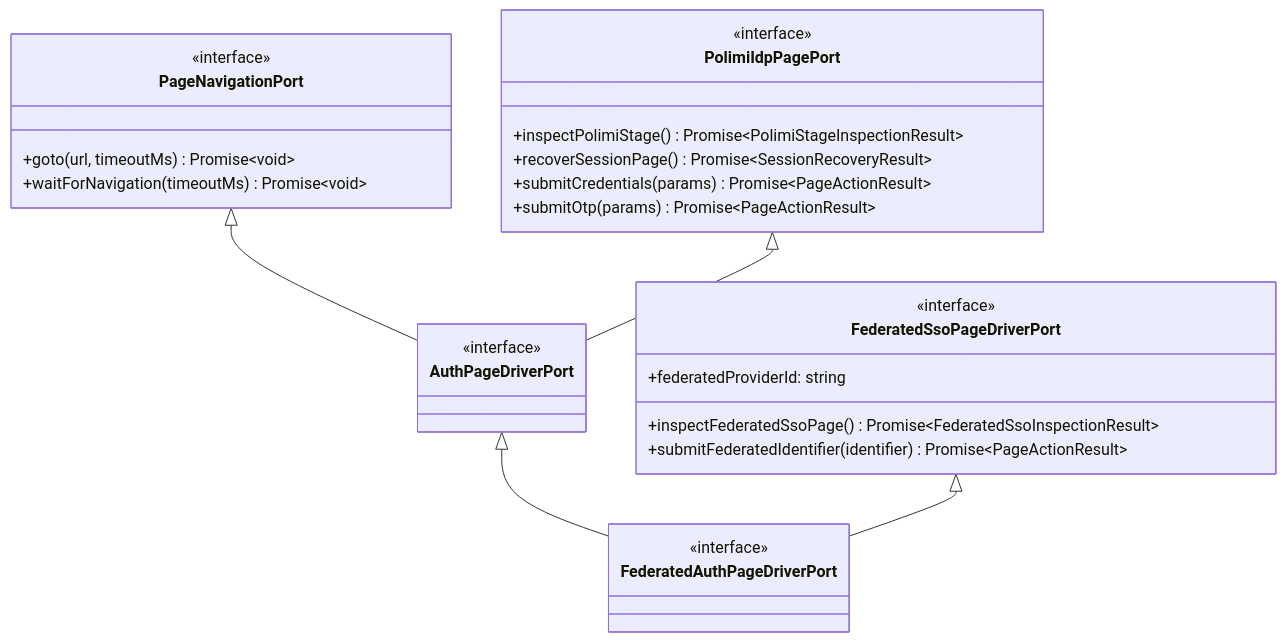
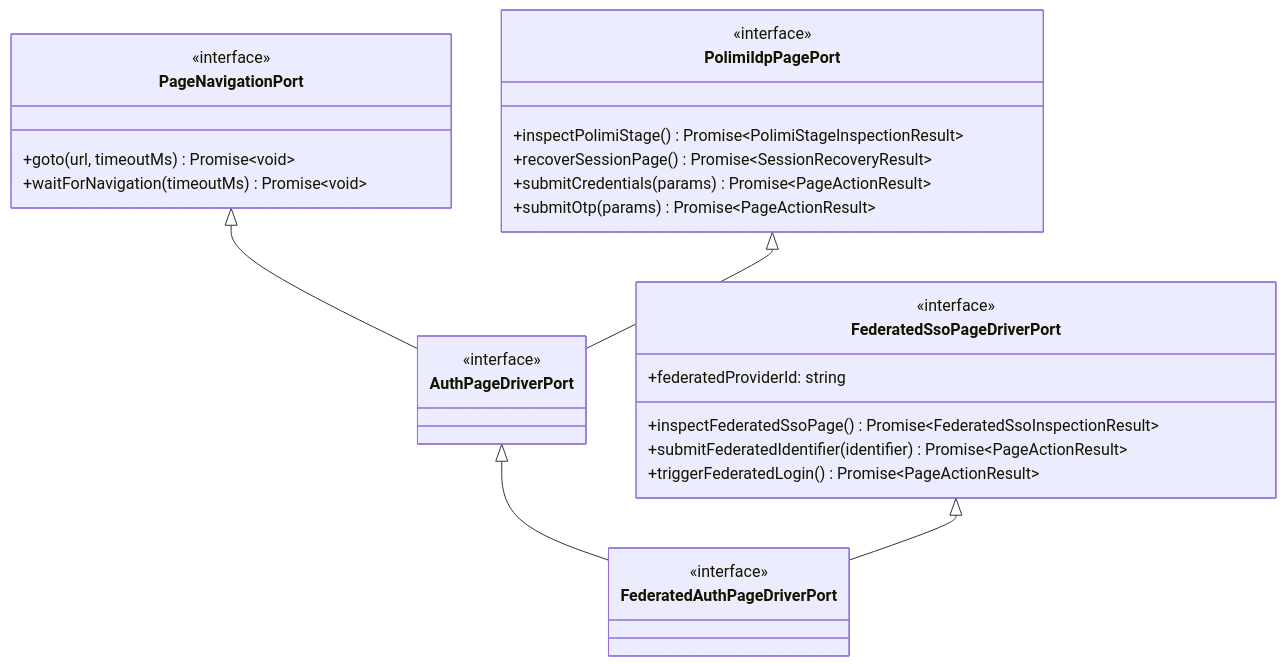
One commit to m-ebrahimzadeh/polisdk changed the diagram in packages/poliauth/docs/04-interface-and-extensibility-review.md. Above: the diagram before and after it, drawn with Mermaid. The commit also changed other lines of this file and 23 other files, not shown here.

First line of the commit message:
feat: Enhance Federated SAML SSO flow with new login modes and improved error handling

````diff
--- a/packages/poliauth/docs/04-interface-and-extensibility-review.md
+++ b/packages/poliauth/docs/04-interface-and-extensibility-review.md
@@ -31,36 +31,37 @@
 ```mermaid
 classDiagram
     class PageNavigationPort {
         <<interface>>
         +goto(url, timeoutMs) Promise~void~
         +waitForNavigation(timeoutMs) Promise~void~
     }
 
     class PolimiIdpPagePort {
         <<interface>>
         +inspectPolimiStage() Promise~PolimiStageInspectionResult~
         +recoverSessionPage() Promise~SessionRecoveryResult~
         +submitCredentials(params) Promise~PageActionResult~
         +submitOtp(params) Promise~PageActionResult~
     }
 
     class AuthPageDriverPort {
         <<interface>>
     }
 
     class FederatedSsoPageDriverPort {
         <<interface>>
         +federatedProviderId: string
         +inspectFederatedSsoPage() Promise~FederatedSsoInspectionResult~
         +submitFederatedIdentifier(identifier) Promise~PageActionResult~
+        +triggerFederatedLogin() Promise~PageActionResult~
     }
 
     class FederatedAuthPageDriverPort {
         <<interface>>
     }
 
     PageNavigationPort <|-- AuthPageDriverPort
     PolimiIdpPagePort <|-- AuthPageDriverPort
     AuthPageDriverPort <|-- FederatedAuthPageDriverPort
     FederatedSsoPageDriverPort <|-- FederatedAuthPageDriverPort
 ```
````
